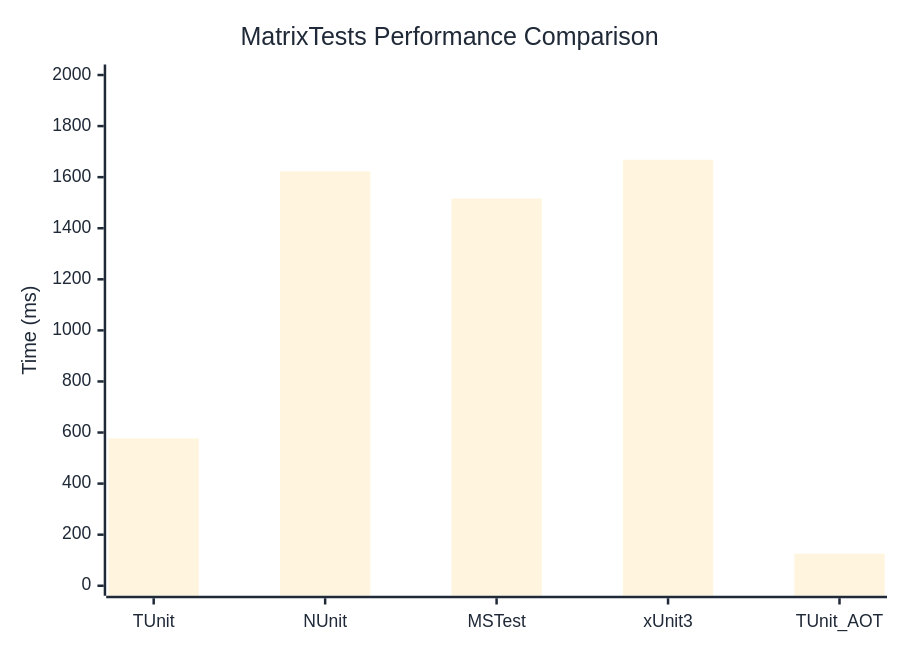
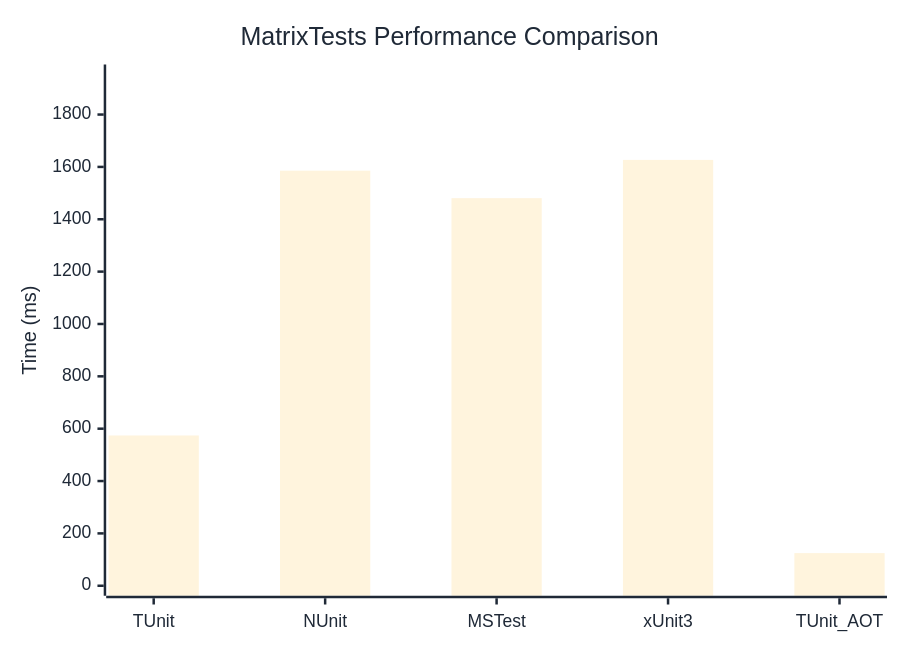
The diagram in docs/docs/benchmarks/MatrixTests.md (thomhurst/TUnit), drawn with Mermaid before and after one commit. The commit also changed other lines of this file and 17 other files, not shown here.

````diff
--- a/docs/docs/benchmarks/MatrixTests.md
+++ b/docs/docs/benchmarks/MatrixTests.md
@@ -27,37 +27,37 @@
 ```mermaid
 %%{init: {
   'theme':'base',
   'themeVariables': {
     'primaryColor': '#2563eb',
     'primaryTextColor': '#1f2937',
     'primaryBorderColor': '#1e40af',
     'lineColor': '#6b7280',
     'secondaryColor': '#7c3aed',
     'tertiaryColor': '#dc2626',
     'background': '#ffffff',
     'mainBkg': '#2563eb',
     'secondBkg': '#7c3aed',
     'tertiaryBkg': '#dc2626',
     'clusterBkg': '#f3f4f6',
     'edgeLabelBackground': '#ffffff',
     'tertiaryTextColor': '#1f2937',
     'pie1': '#2563eb',
     'pie2': '#7c3aed',
     'pie3': '#dc2626',
     'pie4': '#f59e0b',
     'pie5': '#10b981',
     'pie6': '#06b6d4',
     'pie7': '#ec4899',
     'pie8': '#6366f1',
     'pie9': '#84cc16',
     'pie10': '#f97316',
     'pie11': '#14b8a6',
     'pie12': '#a855f7'
   }
 }}%%
 xychart-beta
   title "MatrixTests Performance Comparison"
   x-axis ["TUnit", "NUnit", "MSTest", "xUnit3", "TUnit_AOT"]
-  y-axis "Time (ms)" 0 --> 2002
-  bar [576.8, 1622.9, 1516.3, 1667.9, 125.5]
+  y-axis "Time (ms)" 0 --> 1953
+  bar [574.1, 1585.6, 1480.6, 1626.8, 124.7]
 ```
````
